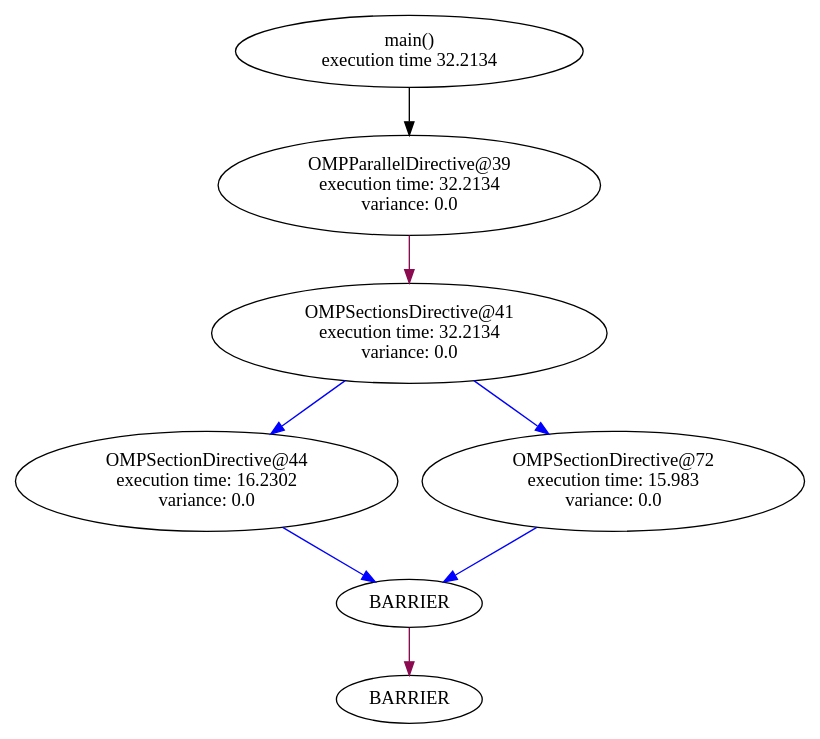
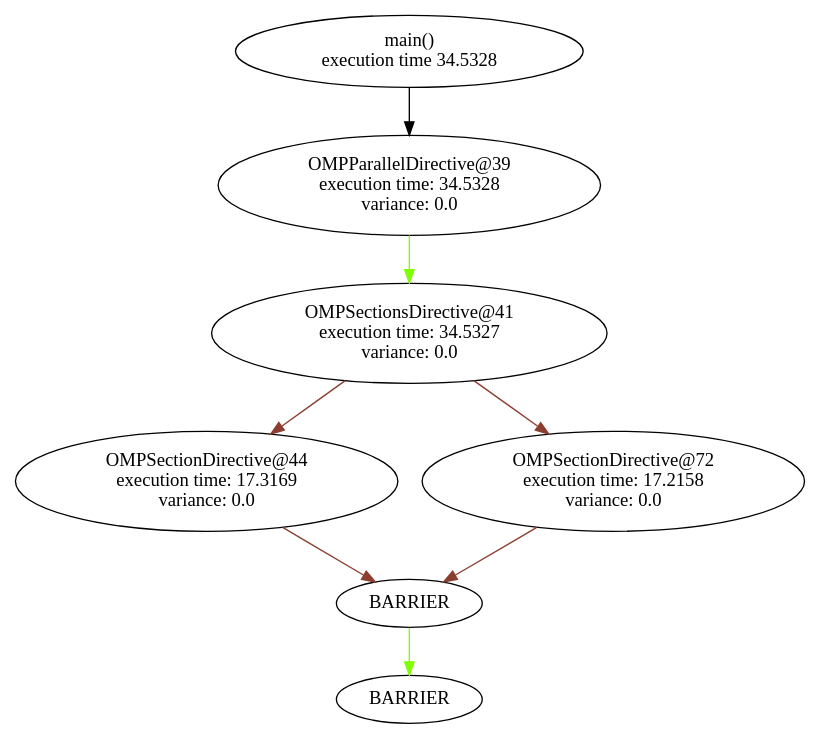
One commit to filippobrizzi/soma changed the diagram in graph_sched/graphs/main_flow.dot. Above: the diagram before and after it, drawn with Graphviz. The commit also changed 12 other files, not shown here.

```diff
--- a/graph_sched/graphs/main_flow.dot
+++ b/graph_sched/graphs/main_flow.dot
@@ -1,52 +1,52 @@
 digraph G {
 	graph [bb="0,0,500,534"];
 	node [label="\N"];
 	35	 [height=0.74639,
-		label="main()\nexecution time 32.2134",
+		label="main()\nexecution time 34.5328",
 		pos="250,507",
 		root=35,
 		width=3.0026];
 	39	 [height=1.041,
-		label="OMPParallelDirective@39\nexecution time: 32.2134\nvariance: 0.0",
+		label="OMPParallelDirective@39\nexecution time: 34.5328\nvariance: 0.0",
 		pos="250,406",
 		root=35,
 		width=3.346];
 	35 -> 39	 [pos="e,250,443.63 250,479.99 250,471.91 250,462.75 250,453.72"];
 	41	 [height=1.041,
-		label="OMPSectionsDirective@41\nexecution time: 32.2134\nvariance: 0.0",
+		label="OMPSectionsDirective@41\nexecution time: 34.5327\nvariance: 0.0",
 		pos="250,294",
 		root=35,
 		width=3.4507];
-	39 -> 41	 [color=deeppink4,
+	39 -> 41	 [color=chartreuse,
 		pos="e,250,331.84 250,368.37 250,359.93 250,350.83 250,342.01"];
 	44	 [height=1.041,
-		label="OMPSectionDirective@44\nexecution time: 16.2302\nvariance: 0.0",
+		label="OMPSectionDirective@44\nexecution time: 17.3169\nvariance: 0.0",
 		pos="120,182",
 		root=35,
 		width=3.346];
-	41 -> 44	 [color=blue1,
+	41 -> 44	 [color=coral4,
 		pos="e,160.63,217.38 209.22,258.5 196.28,247.54 181.83,235.32 168.4,223.96"];
 	72	 [height=1.041,
-		label="OMPSectionDirective@72\nexecution time: 15.983\nvariance: 0.0",
+		label="OMPSectionDirective@72\nexecution time: 17.2158\nvariance: 0.0",
 		pos="380,182",
 		root=35,
 		width=3.346];
-	41 -> 72	 [color=blue1,
+	41 -> 72	 [color=coral4,
 		pos="e,339.37,217.38 290.78,258.5 303.72,247.54 318.17,235.32 331.6,223.96"];
 	"41_end"	 [height=0.5,
 		label=BARRIER,
 		pos="250,90",
 		root=35,
 		width=1.4305];
-	44 -> "41_end"	 [color=blue1,
+	44 -> "41_end"	 [color=coral4,
 		pos="e,227.72,106.42 168.41,147.49 185.42,135.71 204.07,122.8 219.23,112.3"];
 	"39_end"	 [height=0.5,
 		label=BARRIER,
 		pos="250,18",
 		root=35,
 		width=1.4305];
-	"41_end" -> "39_end"	 [color=deeppink4,
+	"41_end" -> "39_end"	 [color=chartreuse,
 		pos="e,250,36.104 250,71.697 250,63.983 250,54.712 250,46.112"];
-	72 -> "41_end"	 [color=blue1,
+	72 -> "41_end"	 [color=coral4,
 		pos="e,272.28,106.42 331.59,147.49 314.58,135.71 295.93,122.8 280.77,112.3"];
 }
```
